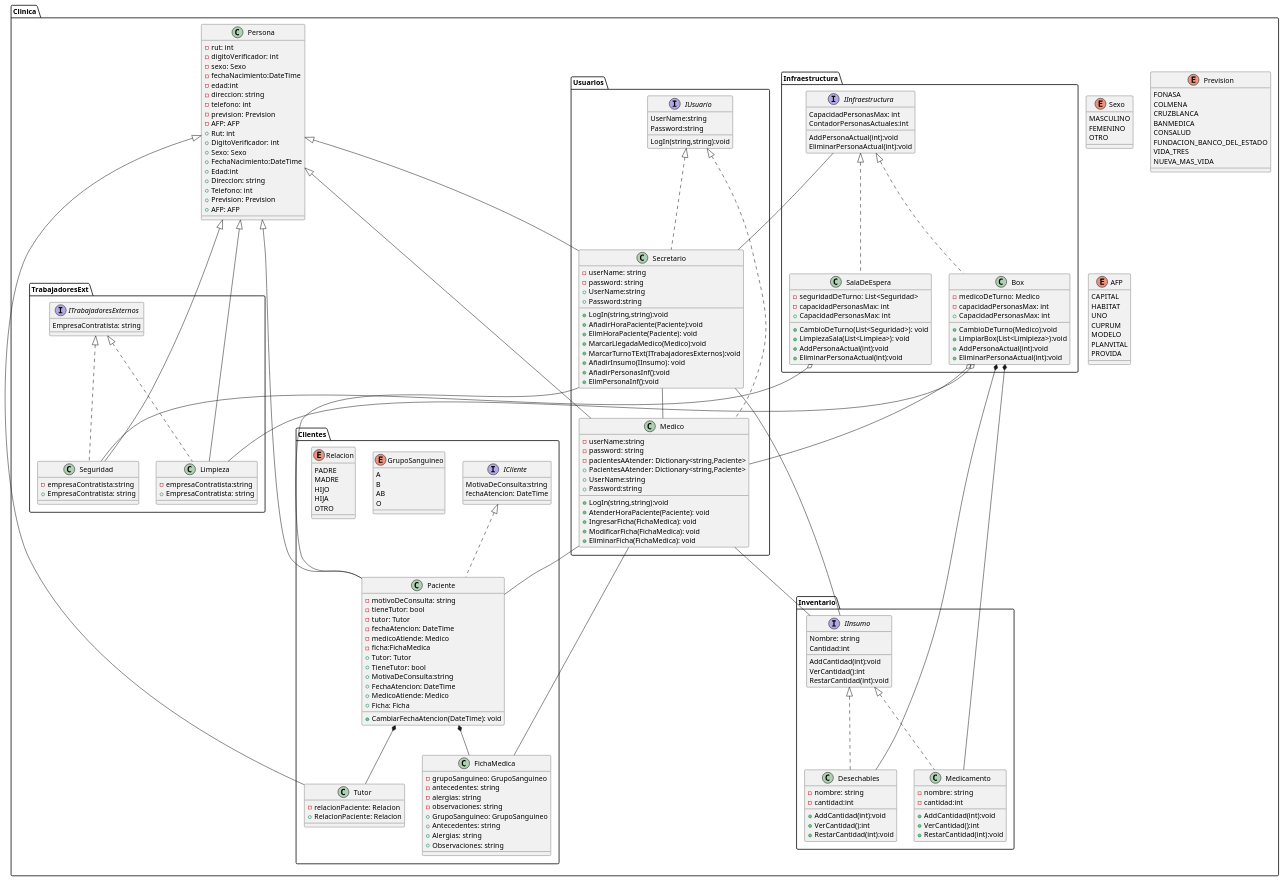
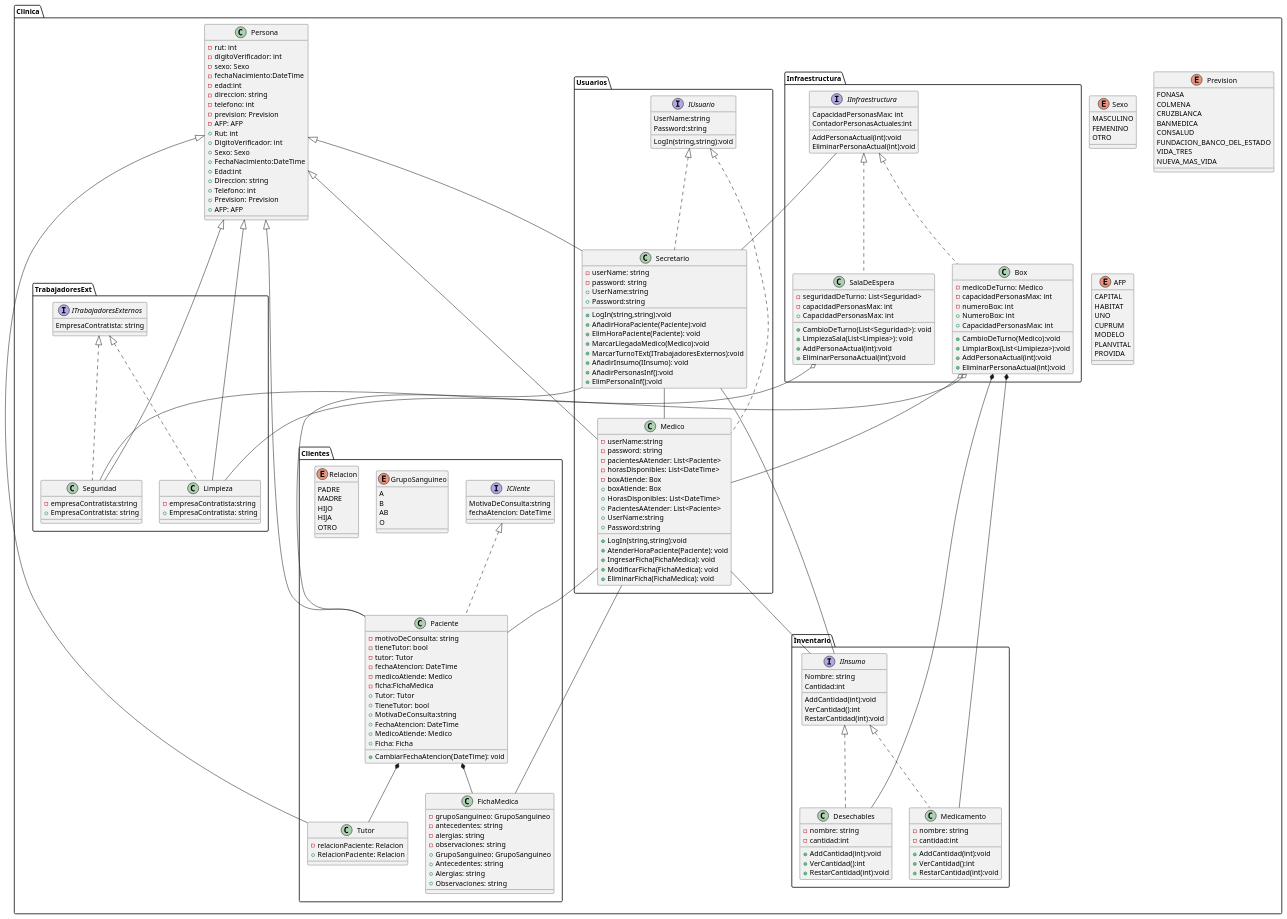
The diagram in consultorio.puml (ecadiz123/ProyectoAvaloniaProgra2), drawn with PlantUML before and after one commit. The commit also changed 5 other files, not shown here.

```diff
--- a/consultorio.puml
+++ b/consultorio.puml
@@ -174,8 +174,12 @@
             class Medico{
                 - userName:string
                 - password: string
-                - pacientesAAtender: Dictionary<string,Paciente>
-                + PacientesAAtender: Dictionary<string,Paciente>
+                - pacientesAAtender: List<Paciente>
+                - horasDisponibles: List<DateTime>
+                - boxAtiende: Box
+                + boxAtiende: Box
+                + HorasDisponibles: List<DateTime>
+                + PacientesAAtender: List<Paciente>
                 + LogIn(string,string):void
                 + UserName:string
                 + Password:string
@@ -198,6 +202,8 @@
              class Box{
                  - medicoDeTurno: Medico
                  - capacidadPersonasMax: int
+                 - numeroBox: int
+                 + NumeroBox: int
                  + CambioDeTurno(Medico):void
                  + LimpiarBox(List<Limipieza>):void
                  + CapacidadPersonasMax: int
```
